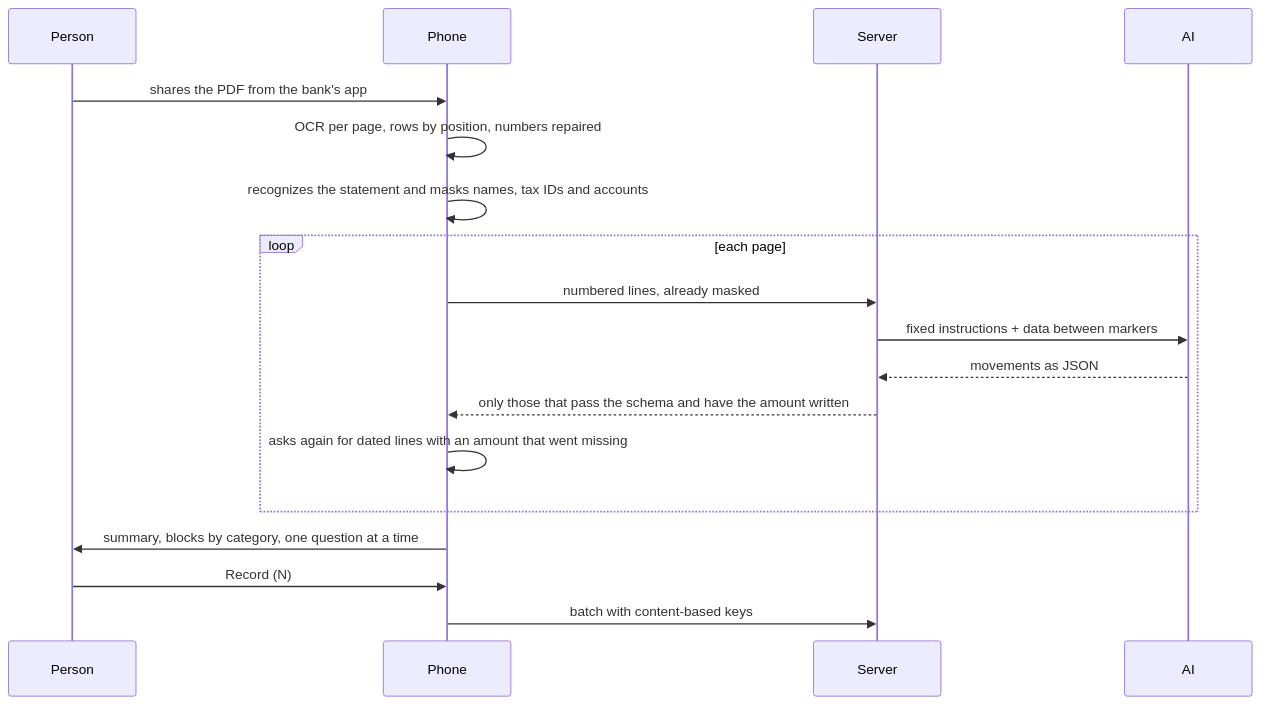
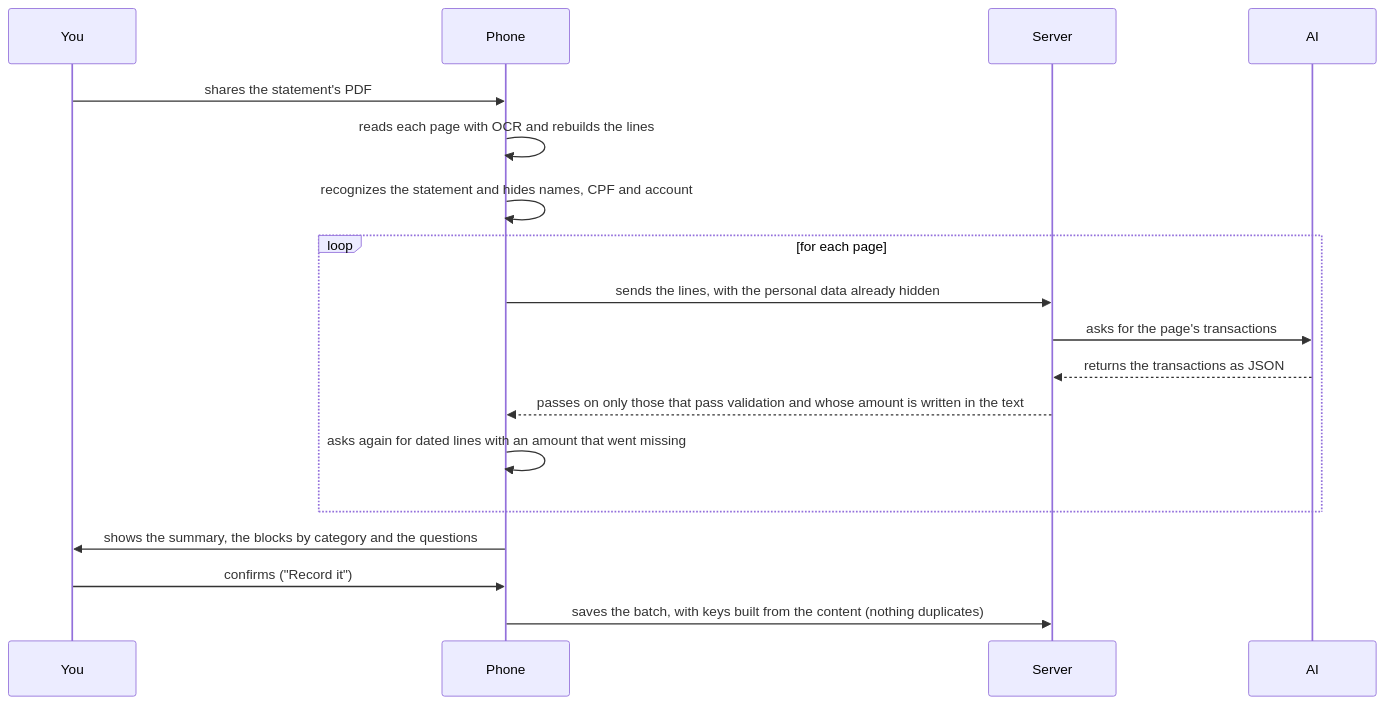
Before and after one commit to Marcos-Codfy/finance-cajui: the second of 2 diagrams in README.en.md, drawn with Mermaid. The commit also changed other lines of this file and 1 other file, not shown here.

Commit message:
docs(readme): plainer wording, clearer statement flow, and no jargon

````diff
--- a/README.en.md
+++ b/README.en.md
@@ -176,20 +171,20 @@
 ```mermaid
 sequenceDiagram
-  participant P as Person
+  participant Y as You
   participant C as Phone
   participant S as Server
   participant I as AI
-  P->>C: shares the PDF from the bank's app
-  C->>C: OCR per page, rows by position, numbers repaired
-  C->>C: recognizes the statement and masks names, tax IDs and accounts
-  loop each page
-    C->>S: numbered lines, already masked
-    S->>I: fixed instructions + data between markers
-    I-->>S: movements as JSON
-    S-->>C: only those that pass the schema and have the amount written
+  Y->>C: shares the statement's PDF
+  C->>C: reads each page with OCR and rebuilds the lines
+  C->>C: recognizes the statement and hides names, CPF and account
+  loop for each page
+    C->>S: sends the lines, with the personal data already hidden
+    S->>I: asks for the page's transactions
+    I-->>S: returns the transactions as JSON
+    S-->>C: passes on only those that pass validation and whose amount is written in the text
     C->>C: asks again for dated lines with an amount that went missing
   end
-  C->>P: summary, blocks by category, one question at a time
-  P->>C: Record (N)
-  C->>S: batch with content-based keys
+  C->>Y: shows the summary, the blocks by category and the questions
+  Y->>C: confirms ("Record it")
+  C->>S: saves the batch, with keys built from the content (nothing duplicates)
 ```
````
